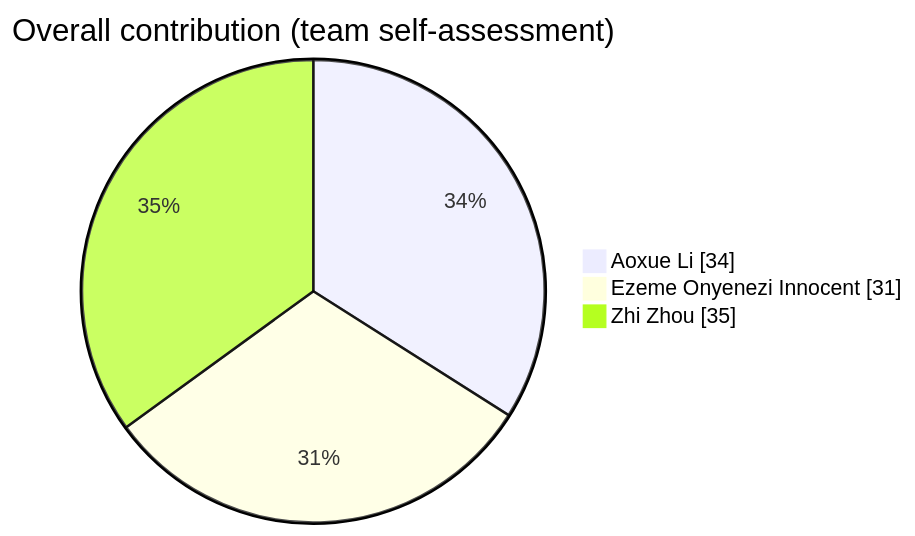
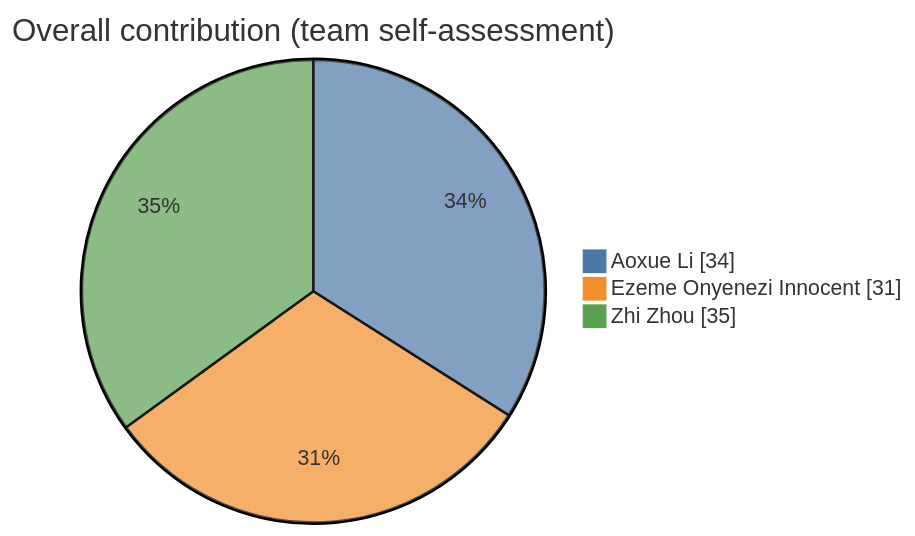
One commit to zauziii/bgg-mini-project changed the diagram in README.md. Above: the diagram before and after it, drawn with Mermaid. The commit also changed other lines of this file, not shown here.

````diff
--- a/README.md
+++ b/README.md
@@ -318,7 +334,8 @@
 ```mermaid
+%%{init: {'theme': 'base', 'themeVariables': {'pie1': '#4E79A7', 'pie2': '#F28E2B', 'pie3': '#59A14F'}}}%%
 pie showData
     title Overall contribution (team self-assessment)
     "Aoxue Li" : 34
     "Ezeme Onyenezi Innocent" : 31
     "Zhi Zhou" : 35
 ```
````
